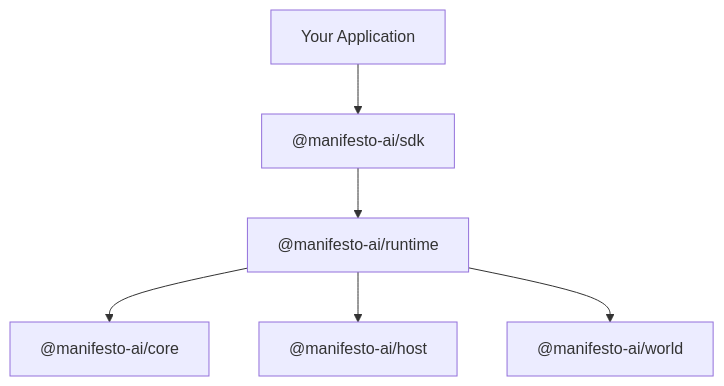
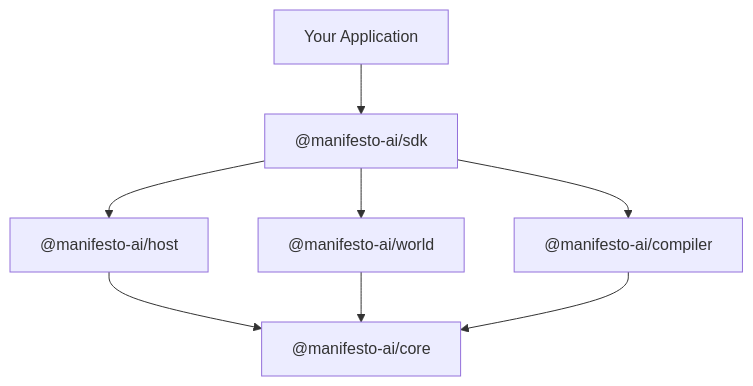
Before and after one commit to manifesto-ai/core: the diagram in docs/api/index.md, drawn with Mermaid. The commit also changed other lines of this file and 148 other files, not shown here.

First line of the commit message:
ADR-010: Retire @manifesto-ai/runtime, absorb into SDK (#220)

````diff
--- a/docs/api/index.md
+++ b/docs/api/index.md
@@ -40,8 +39,10 @@
 ```mermaid
 flowchart TB
   APP["Your Application"] --> SDK["@manifesto-ai/sdk"]
-  SDK --> RT["@manifesto-ai/runtime"]
-  RT --> C["@manifesto-ai/core"]
-  RT --> H["@manifesto-ai/host"]
-  RT --> W["@manifesto-ai/world"]
+  SDK --> H["@manifesto-ai/host"]
+  SDK --> W["@manifesto-ai/world"]
+  SDK --> COMP["@manifesto-ai/compiler"]
+  H --> C["@manifesto-ai/core"]
+  W --> C
+  COMP --> C
 ```
````
